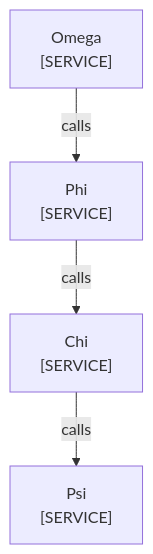
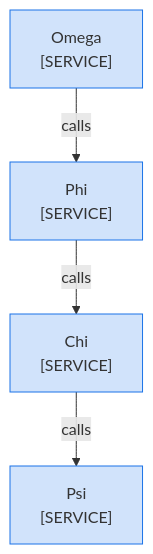
Before and after one commit to choonchernlim/skills: the diagram in skills/docsmith/scripts/fixtures/bad/node-b.md, drawn with Mermaid. The commit also changed other lines of this file and 47 other files, not shown here.

First line of the commit message:
feat(docsmith): require owner colors, sequence owner bands, and docs domain folders

````diff
--- a/skills/docsmith/scripts/fixtures/bad/node-b.md
+++ b/skills/docsmith/scripts/fixtures/bad/node-b.md
@@ -12,10 +12,13 @@
 ```mermaid
 graph TD
   Omega["Omega<br/>[SERVICE]"]
   Phi["Phi<br/>[SERVICE]"]
   Chi["Chi<br/>[SERVICE]"]
   Psi["Psi<br/>[SERVICE]"]
   Omega -->|"calls"| Phi
   Phi -->|"calls"| Chi
   Chi -->|"calls"| Psi
+
+  class Omega,Phi,Chi,Psi own
+  classDef own fill:#1a73e833,stroke:#1a73e8
 ```
````
